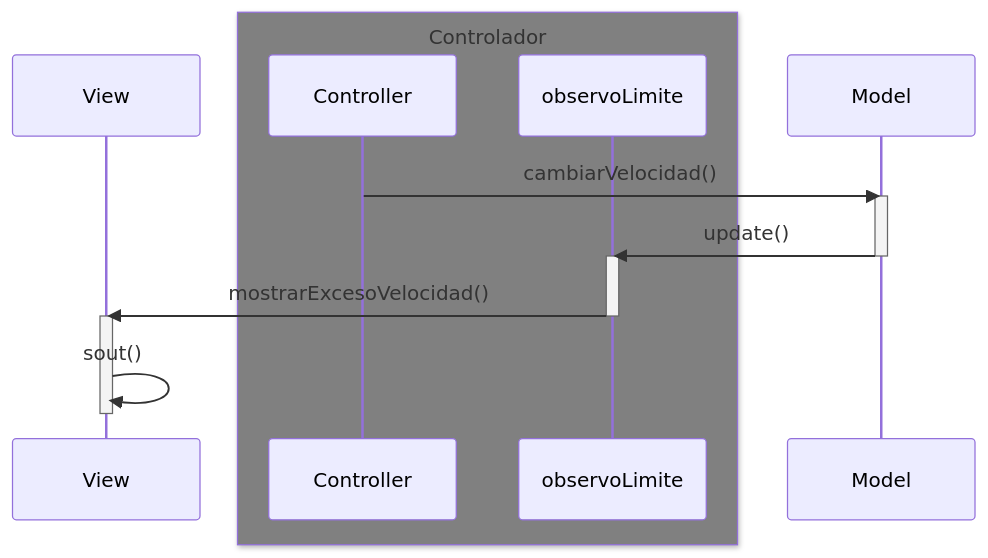
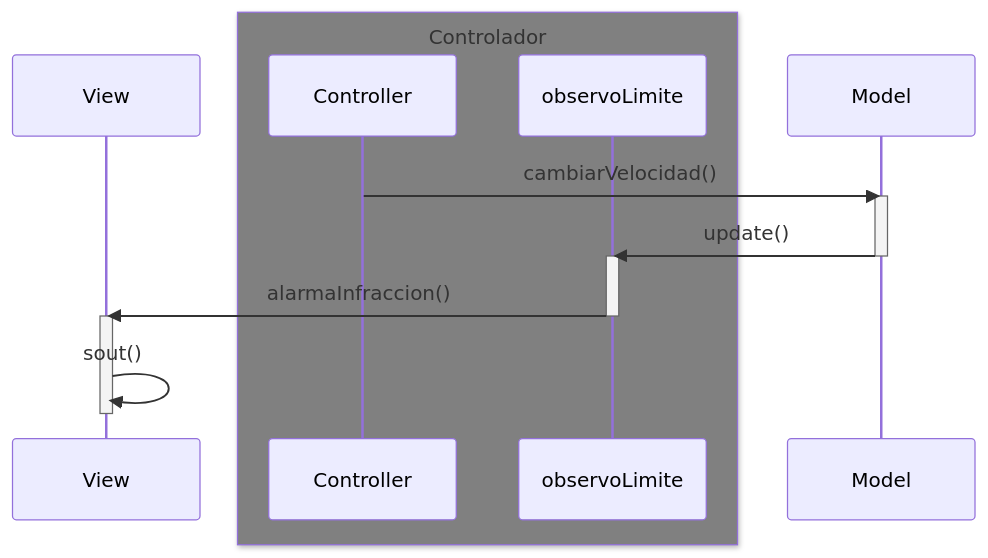
One commit to ilopezbrion/MVC_coches_observer changed the second of 2 diagrams in Readme.md. Above: the diagram before and after it, drawn with Mermaid. The commit also changed other lines of this file, not shown here.

````diff
--- a/Readme.md
+++ b/Readme.md
@@ -51,20 +58,20 @@
 ```mermaid
 sequenceDiagram
     participant View
     box gray Controlador
     participant Controller
     participant observoLimite
     end
     participant Model
 
     Controller->>Model: cambiarVelocidad()
     activate Model
     Model->>observoLimite: update()
     deactivate Model
     activate observoLimite
-    observoLimite->>View: mostrarExcesoVelocidad()
+    observoLimite->>View: alarmaInfraccion()
     deactivate observoLimite
     activate View
     View->>View: sout()
     deactivate View
 ```
````
